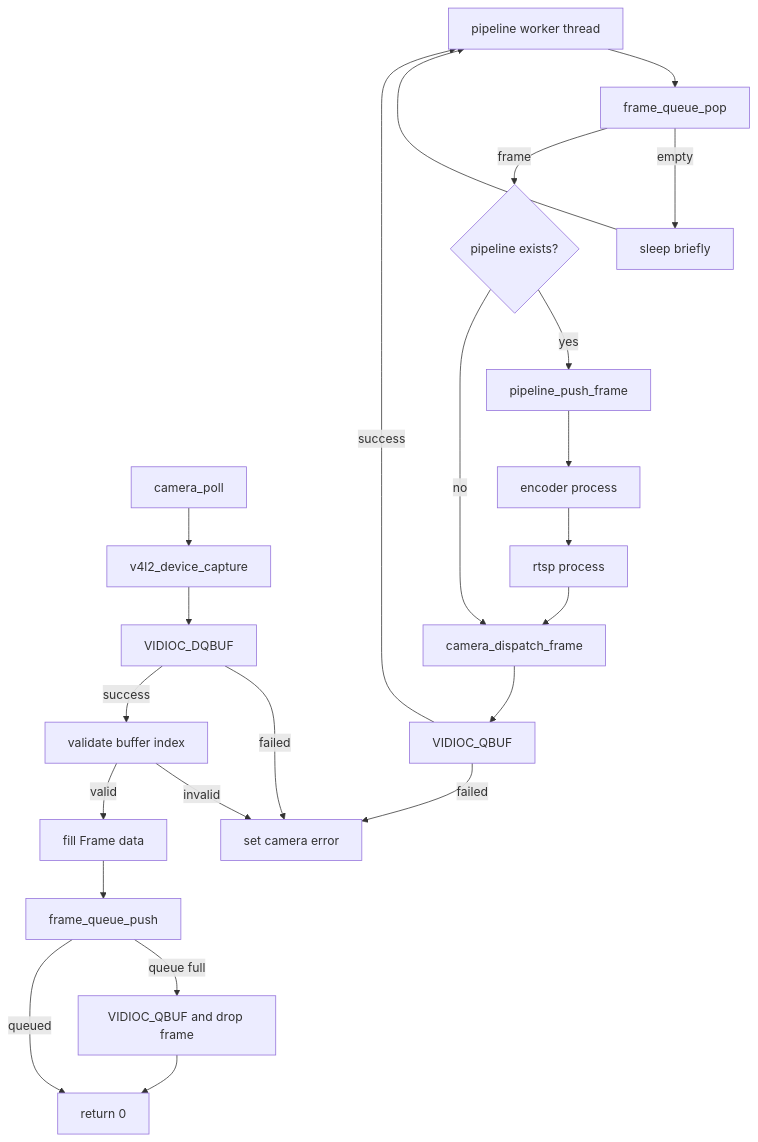
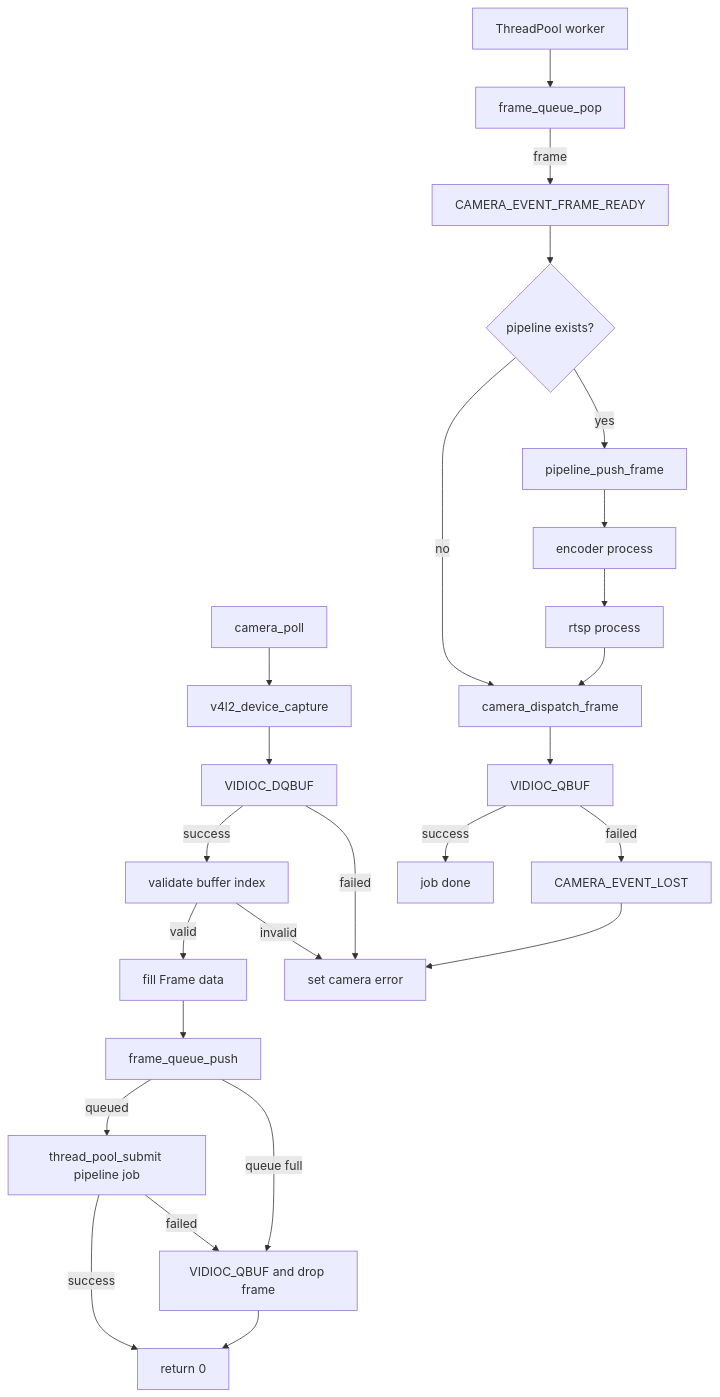
Before and after one commit to originalcore/rk3588_camera: the fifth of 7 diagrams in CAMERA_FLOWCHARTS.md, drawn with Mermaid. The commit also changed other lines of this file and 19 other files, not shown here.

Commit message:
Add thread pool and event bus modules

````diff
--- a/CAMERA_FLOWCHARTS.md
+++ b/CAMERA_FLOWCHARTS.md
@@ -129,29 +129,32 @@
 ```mermaid
 flowchart TD
     A[camera_poll] --> B[v4l2_device_capture]
     B --> C[VIDIOC_DQBUF]
     C -->|failed| Z[return -1]
     C -->|success| D[validate buffer index]
     D -->|invalid| Z
     D -->|valid| E[fill Frame data]
 
     E --> F[frame_queue_push]
     F -->|queue full| F1[VIDIOC_QBUF and drop frame]
     F1 --> M[return 0]
-    F -->|queued| M
 
-    W[pipeline worker thread] --> Q[frame_queue_pop]
-    Q -->|empty| S[sleep briefly]
-    S --> W
-    Q -->|frame| G{pipeline exists?}
+    F -->|queued| TP[thread_pool_submit pipeline job]
+    TP -->|failed| F1
+    TP -->|success| M
+
+    W[ThreadPool worker] --> Q[frame_queue_pop]
+    Q -->|frame| EV[CAMERA_EVENT_FRAME_READY]
+    EV --> G{pipeline exists?}
     G -->|yes| H[pipeline_push_frame]
     G -->|no| L[camera_dispatch_frame]
 
     H --> I[encoder process]
     I --> J[rtsp process]
     J --> L
 
     L --> K[VIDIOC_QBUF]
-    K -->|failed| Z[set camera error]
-    K -->|success| W
+    K -->|failed| EL[CAMERA_EVENT_LOST]
+    EL --> Z[set camera error]
+    K -->|success| DONE[job done]
 ```
````
